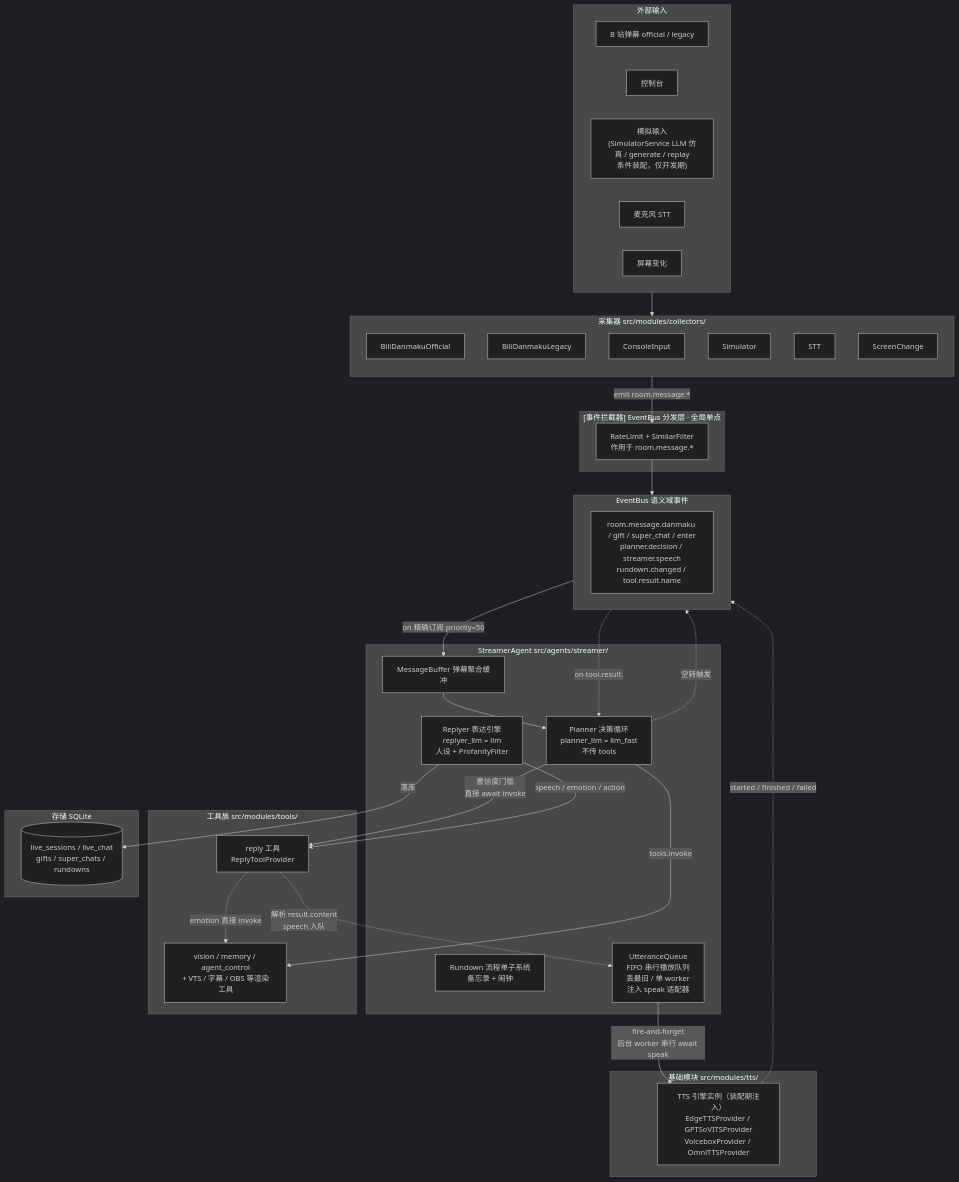
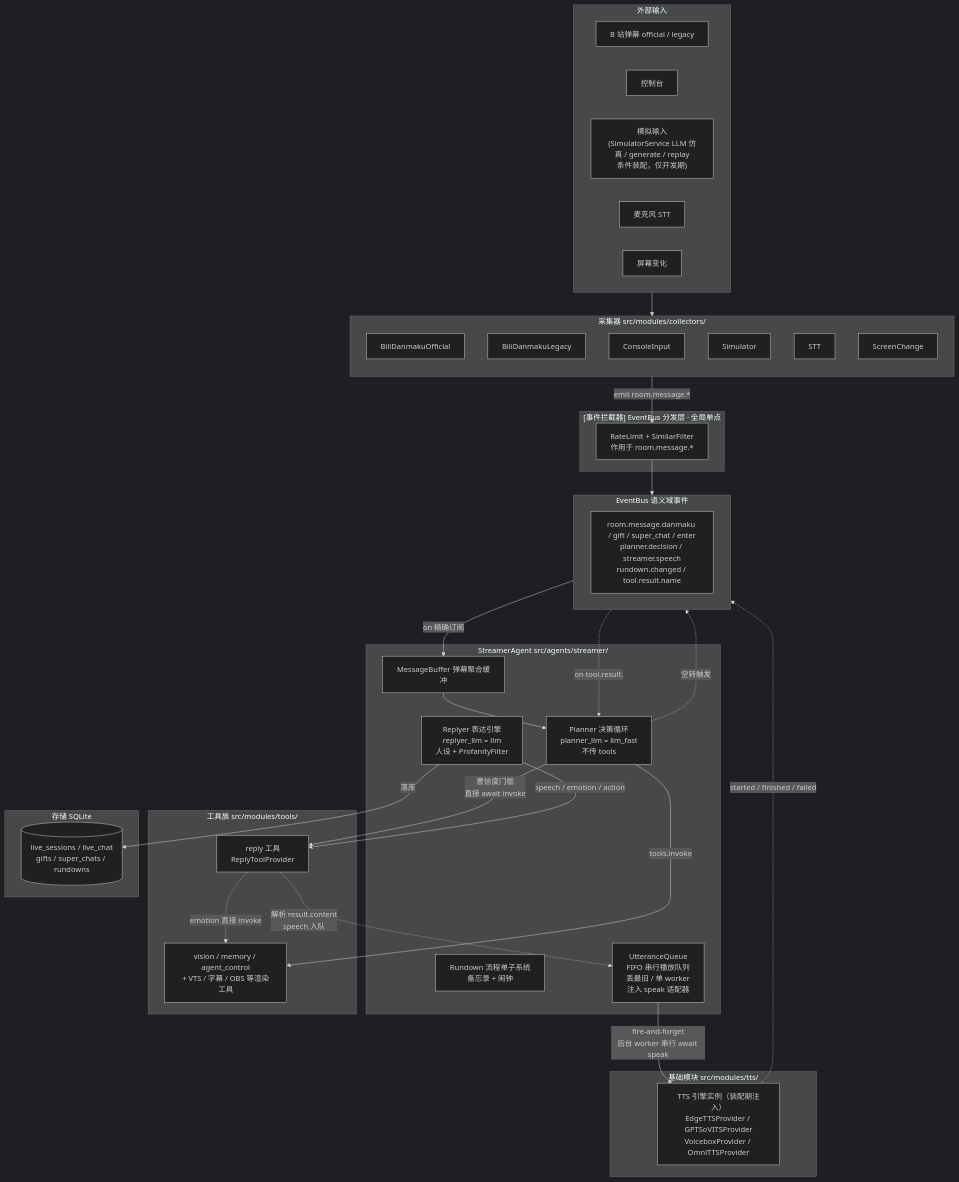
Before and after one commit to LittleSadSheep/Amaidesu: the diagram in docs/architecture/data-flow.md, drawn with Mermaid (dark theme). The commit also changed other lines of this file and 2 other files, not shown here.

Commit message:
docs(architecture): 重写事件事实表与拓扑边界
事件事实表按代码真实清单补全（25 具名 + 3 通配，含 perception.screen /
room.message.guard / partner_speech），发布者/订阅者两列即拓扑事实；
补 WS 类型规则（类型=事件名，唯一例外 room.message 折叠）；拦截器表补
session_stamp 与显式优先级；边界规则收编防环与通道选择；通配正名
AMQP topic 风格；模块结构对齐实际目录（perception/tasks/interceptors）。
data-flow.md / overview.md 同步清理订阅者排序与 event_history 残留引用。

````diff
--- a/docs/architecture/data-flow.md
+++ b/docs/architecture/data-flow.md
@@ -23,65 +23,65 @@
 ```mermaid
 flowchart TB
     subgraph Ext["外部输入"]
         Bili["B 站弹幕 official / legacy"]
         Cons["控制台"]
         Sim["模拟输入<br/>(SimulatorService LLM 仿真 / generate / replay<br/>条件装配，仅开发期)"]
         Mic["麦克风 STT"]
         Screen["屏幕变化"]
     end
 
     subgraph Collectors["采集器 src/modules/collectors/"]
         direction TB
         C1["BiliDanmakuOfficial"]
         C2["BiliDanmakuLegacy"]
         C3["ConsoleInput"]
         C4["Simulator"]
         C5["STT"]
         C6["ScreenChange"]
     end
 
     subgraph Interceptors["[事件拦截器] EventBus 分发层 · 全局单点"]
         IC["RateLimit + SimilarFilter<br/>作用于 room.message.*"]
     end
 
     subgraph Bus["EventBus 语义域事件"]
         EB["room.message.danmaku / gift / super_chat / enter<br/>planner.decision / streamer.speech<br/>rundown.changed / tool.result.name"]
     end
 
 subgraph StreamerAgent["StreamerAgent src/agents/streamer/"]
         MB["MessageBuffer 弹幕聚合缓冲"]
         Planner["Planner 决策循环<br/>planner_llm = llm_fast<br/>不传 tools"]
         Reply["Replyer 表达引擎<br/>replyer_llm = llm<br/>人设 + ProfanityFilter"]
         Rundown["Rundown 流程单子系统<br/>备忘录 + 闹钟"]
         UQ["UtteranceQueue<br/>FIFO 串行播放队列<br/>丢最旧 / 单 worker<br/>注入 speak 适配器"]
     end
 
     subgraph Tools["工具族 src/modules/tools/"]
         RT["reply 工具<br/>ReplyToolProvider"]
         Other["vision / memory / agent_control<br/>+ VTS / 字幕 / OBS 等渲染工具"]
     end
 
     subgraph InFra["基础模块 src/modules/tts/"]
         TTSEng["TTS 引擎实例（装配期注入）<br/>EdgeTTSProvider / GPTSoVITSProvider<br/>VoiceboxProvider / OmniTTSProvider"]
     end
 
     subgraph Storage["存储 SQLite"]
         DB[("live_sessions / live_chat<br/>gifts / super_chats / rundowns")]
     end
 
     Ext --> Collectors
     Collectors -->|emit room.message.*| IC
     IC --> Bus
-    Bus -->|on 精确订阅 priority=50| MB
+    Bus -->|on 精确订阅| MB
     MB --> Planner
     Planner -->|置信度门槛<br/>直接 await invoke| RT
     Reply -->|speech / emotion / action| RT
     Reply -->|落库| DB
     Planner -.->|空转触发| Bus
     Planner -->|tools.invoke| Other
     RT -.->|解析 result.content<br/>speech 入队| UQ
     UQ -->|fire-and-forget<br/>后台 worker 串行 await speak| TTSEng
     TTSEng -.->|started / finished / failed| Bus
     Bus -.->|on tool.result.| Planner
     RT -.->|emotion 直接 invoke| Other
 ```
````
